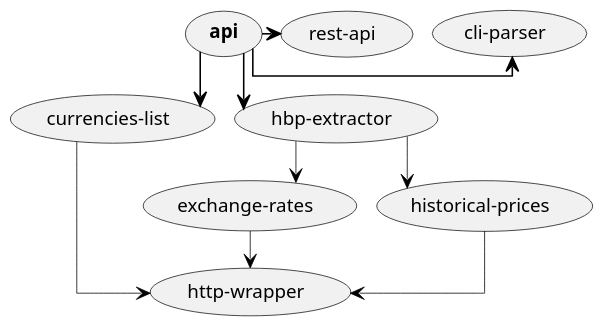
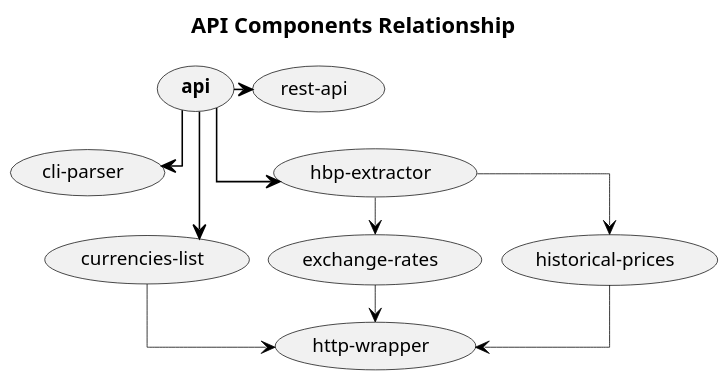
Before and after one commit to isurfer21/historical-bitcoin-analyser: the diagram in guides/arch/api-arch.puml, drawn with PlantUML. The commit also changed 1 other file, not shown here.

Commit message:
Revised api com rel diag

```diff
--- a/guides/arch/api-arch.puml
+++ b/guides/arch/api-arch.puml
@@ -1,56 +1,57 @@
 @startuml
 
 skinparam linetype ortho
 
 scale max 1920 width
 top to bottom direction
 
 skinparam nodesep 12
 skinparam ranksep 24
 skinparam monochrome true
 skinparam shadowing false
 skinparam defaultFontName Tahoma
 skinparam defaultFontSize 12
 skinparam roundCorner 6
 skinparam dpi 150
 skinparam arrowColor black
 skinparam arrowThickness 0.5
 skinparam packageTitleAlignment left
 
 ' oval
 skinparam usecase {
   borderThickness 0.5
 }
 
 ' rectangle
 skinparam rectangle {
   borderThickness 0.5
 }
 
 ' component
 skinparam component {
   borderThickness 1
 }
 
+title API Components Relationship
 
 (<b>api</b>)
 (cli-parser)
 (currencies-list)
 (exchange-rates)
 (hbp-extractor)
 (historical-prices)
 (http-wrapper)
 (rest-api)
 
 
-(<b>api</b>) -[thickness=1]> (cli-parser)
+(<b>api</b>) --[thickness=1]> (cli-parser)
 (<b>api</b>) --[thickness=1]> (currencies-list)
 (<b>api</b>) --[thickness=1]> (hbp-extractor)
 (<b>api</b>) -[thickness=1]> (rest-api)
 (currencies-list) --> (http-wrapper)
 (exchange-rates) --> (http-wrapper)
 (hbp-extractor) --> (exchange-rates)
 (hbp-extractor) --> (historical-prices)
 (historical-prices) --> (http-wrapper)
 
 @enduml
```
